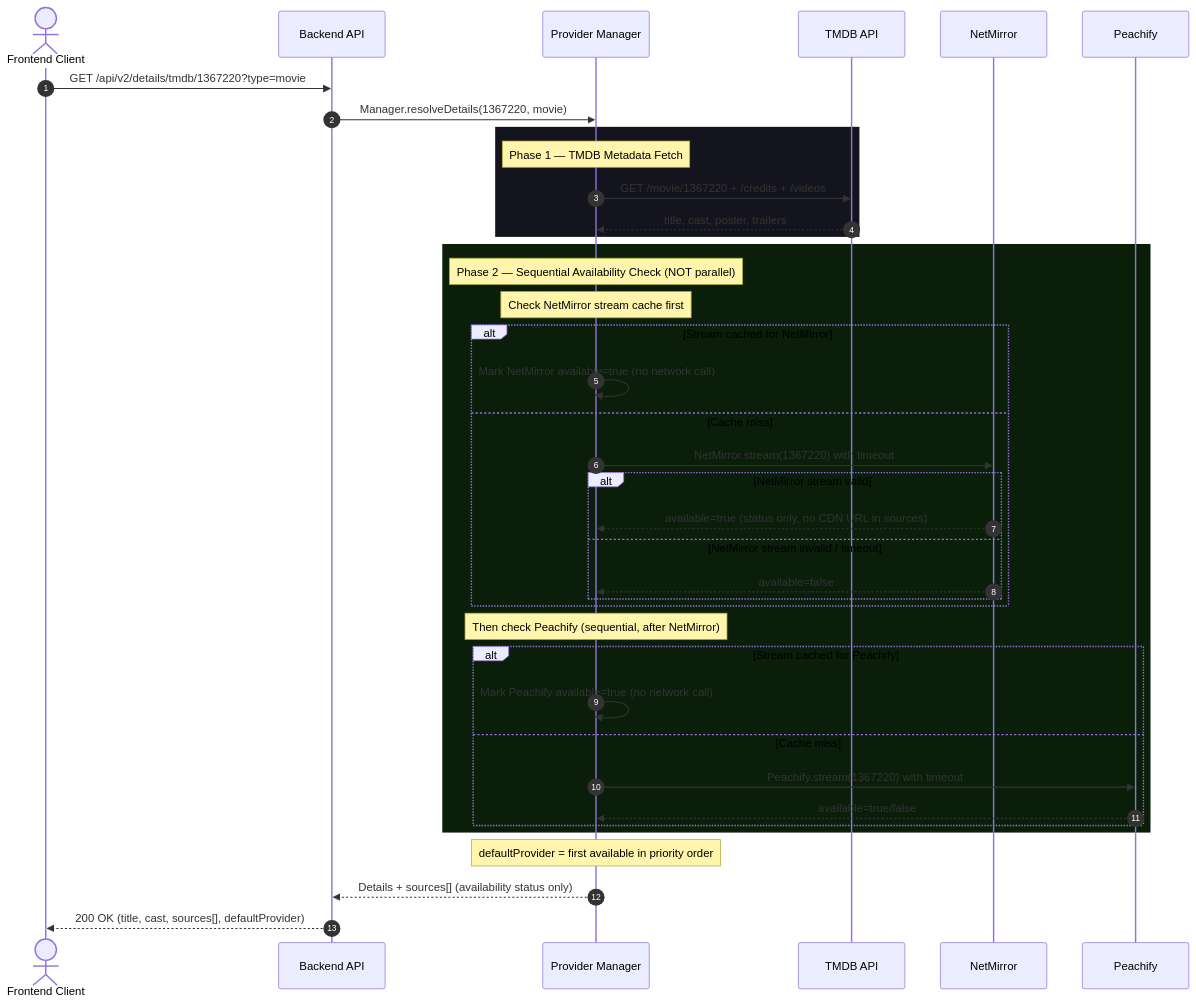
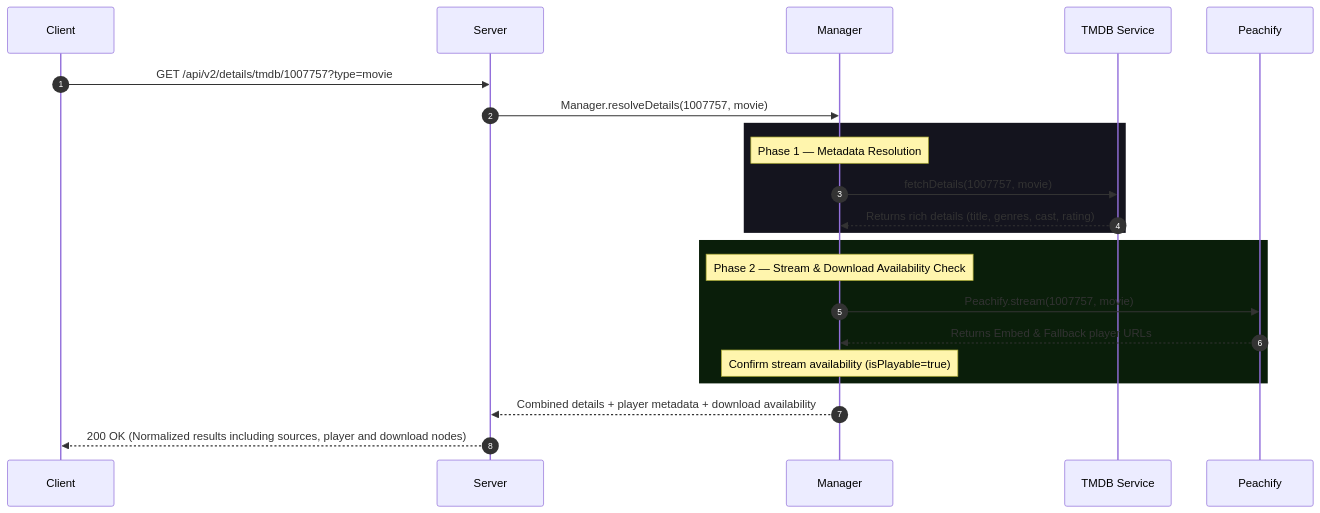
Before and after one commit to Kalaitechtubee/MovieZon-api: the third of 6 diagrams in api_flow_documentation.md, drawn with Mermaid. The commit also changed other lines of this file and 14 other files, not shown here.

````diff
--- a/api_flow_documentation.md
+++ b/api_flow_documentation.md
@@ -94,46 +103,22 @@
 ```mermaid
 sequenceDiagram
     autonumber
-    actor Client as Frontend Client
-    participant Server as Backend API
-    participant Manager as Provider Manager
-    participant TMDB as TMDB API
-    participant NM as NetMirror
-    participant PC as Peachify
-
-    Client->>Server: GET /api/v2/details/tmdb/1367220?type=movie
-    Server->>Manager: Manager.resolveDetails(1367220, movie)
-
+    Client->>Server: GET /api/v2/details/tmdb/1007757?type=movie
+    Server->>Manager: Manager.resolveDetails(1007757, movie)
+    
     rect rgb(20, 20, 30)
-        Note over Manager: Phase 1 — TMDB Metadata Fetch
-        Manager->>TMDB: GET /movie/1367220 + /credits + /videos
-        TMDB-->>Manager: title, cast, poster, trailers
+        Note over Manager: Phase 1 — Metadata Resolution
+        Manager->>TMDB Service: fetchDetails(1007757, movie)
+        TMDB Service-->>Manager: Returns rich details (title, genres, cast, rating)
     end
-
+    
     rect rgb(10, 30, 10)
-        Note over Manager: Phase 2 — Sequential Availability Check (NOT parallel)
-        Note over Manager: Check NetMirror stream cache first
-        alt Stream cached for NetMirror
-            Manager->>Manager: Mark NetMirror available=true (no network call)
-        else Cache miss
-            Manager->>NM: NetMirror.stream(1367220) with timeout
-            alt NetMirror stream valid
-                NM-->>Manager: available=true (status only, no CDN URL in sources)
-            else NetMirror stream invalid / timeout
-                NM-->>Manager: available=false
-            end
-        end
-
-        Note over Manager: Then check Peachify (sequential, after NetMirror)
-        alt Stream cached for Peachify
-            Manager->>Manager: Mark Peachify available=true (no network call)
-        else Cache miss
-            Manager->>PC: Peachify.stream(1367220) with timeout
-            PC-->>Manager: available=true/false
-        end
+        Note over Manager: Phase 2 — Stream & Download Availability Check
+        Manager->>Peachify: Peachify.stream(1007757, movie)
+        Peachify-->>Manager: Returns Embed & Fallback player URLs
+        Note over Manager: Confirm stream availability (isPlayable=true)
     end
-
-    Note over Manager: defaultProvider = first available in priority order
-    Manager-->>Server: Details + sources[] (availability status only)
-    Server-->>Client: 200 OK (title, cast, sources[], defaultProvider)
+    
+    Manager-->>Server: Combined details + player metadata + download availability
+    Server-->>Client: 200 OK (Normalized results including sources, player and download nodes)
 ```
````
